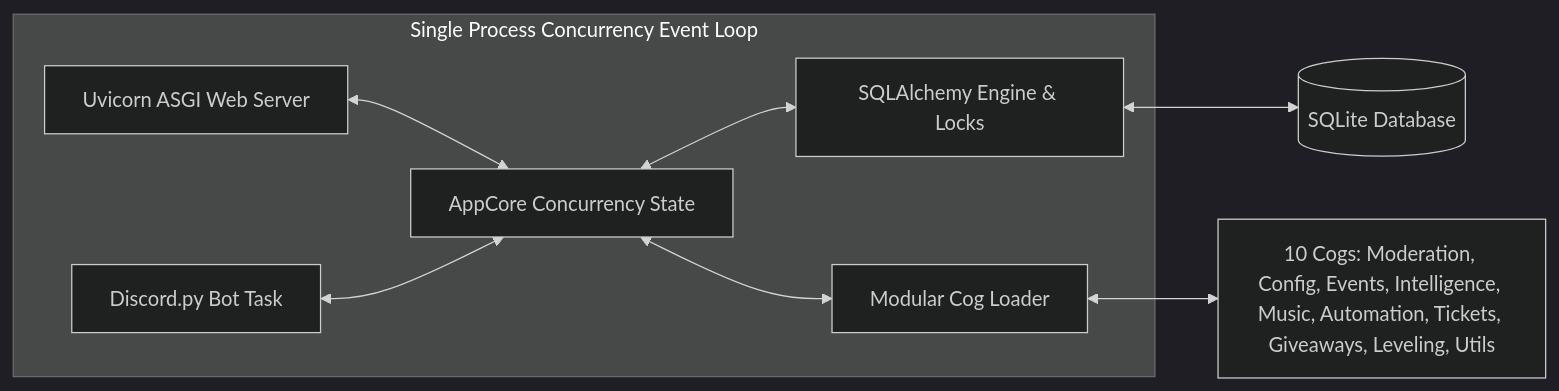
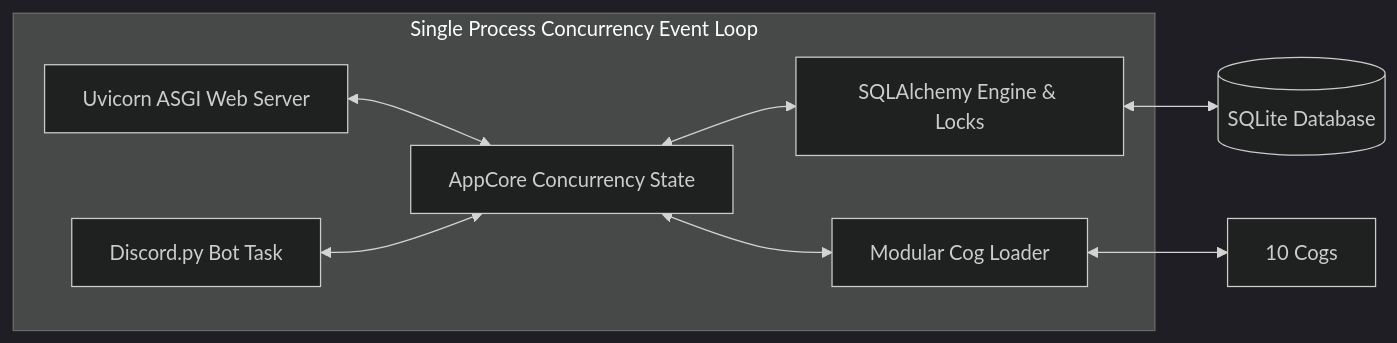
The third of 6 diagrams in README.md (Cyril-47/Aegis-Suite), drawn with Mermaid (dark theme) before and after one commit. The commit also changed other lines of this file, not shown here.

````diff
--- a/README.md
+++ b/README.md
@@ -116,11 +138,11 @@
 ```mermaid
 graph LR
     subgraph Single Process Concurrency Event Loop
         Uvicorn[Uvicorn ASGI Web Server] <--> SharedState[AppCore Concurrency State]
         DiscordClient[Discord.py Bot Task] <--> SharedState
         SharedState <--> SQLAlchemy[SQLAlchemy Engine & Locks]
         SharedState <--> CogLoader[Modular Cog Loader]
     end
     SQLAlchemy <--> SQLite[(SQLite Database)]
-    CogLoader <--> Cogs[10 Cogs: Moderation, Config, Events, Intelligence, Music, Automation, Tickets, Giveaways, Leveling, Utils]
+    CogLoader <--> Cogs[10 Cogs]
 ```
````
